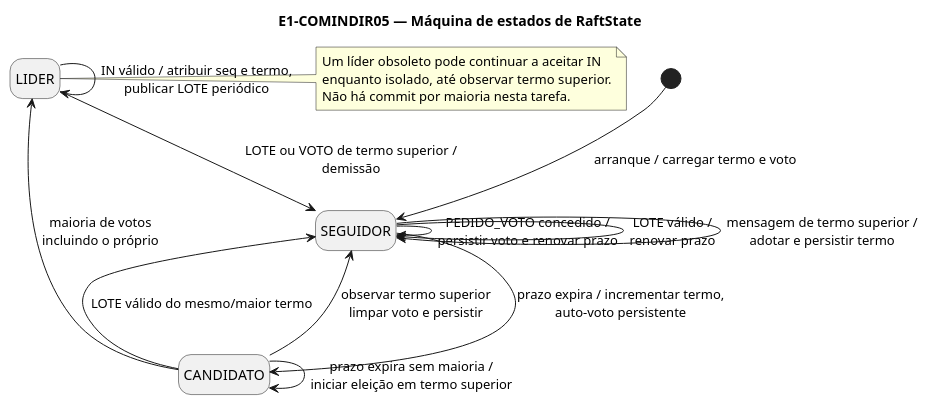
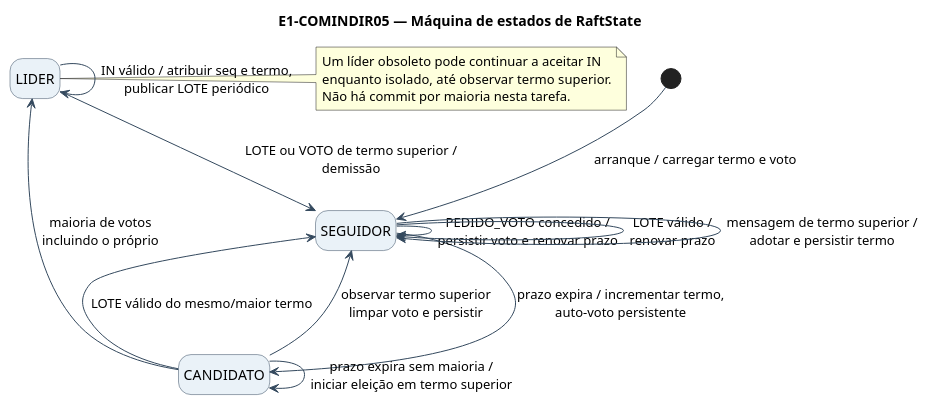
The second of 2 diagrams in Sprints/E1-COMINDIR05/uml/03-sequencia-eleicao.puml (rafsilv26/SD-2026-2027), drawn with PlantUML before and after one commit. The commit also changed other lines of this file and 2 other files, not shown here.

First line of the commit message:
Style E1-COMINDIR05 sequence diagrams

```diff
--- a/Sprints/E1-COMINDIR05/uml/03-sequencia-eleicao.puml
+++ b/Sprints/E1-COMINDIR05/uml/03-sequencia-eleicao.puml
@@ -69,22 +116,30 @@
 @startuml E1-COMINDIR05-Estados
 title E1-COMINDIR05 — Máquina de estados de RaftState
 hide empty description
+skinparam backgroundColor #FFFFFF
+skinparam shadowing false
+skinparam defaultFontName Arial
+skinparam state {
+  BackgroundColor #EAF2F8
+  BorderColor #34495E
+  ArrowColor #34495E
+}
 
 [*] --> SEGUIDOR : arranque / carregar termo e voto
 SEGUIDOR --> CANDIDATO : prazo expira / incrementar termo,\nauto-voto persistente
 CANDIDATO --> LIDER : maioria de votos\nincluindo o próprio
 CANDIDATO --> SEGUIDOR : LOTE válido do mesmo/maior termo
 CANDIDATO --> SEGUIDOR : observar termo superior\nlimpar voto e persistir
 CANDIDATO --> CANDIDATO : prazo expira sem maioria /\niniciar eleição em termo superior
 SEGUIDOR --> SEGUIDOR : PEDIDO_VOTO concedido /\npersistir voto e renovar prazo
 SEGUIDOR --> SEGUIDOR : LOTE válido /\nrenovar prazo
 SEGUIDOR --> SEGUIDOR : mensagem de termo superior /\nadotar e persistir termo
 LIDER --> SEGUIDOR : LOTE ou VOTO de termo superior /\ndemissão
 LIDER --> LIDER : IN válido / atribuir seq e termo,\npublicar LOTE periódico
 
 note right of LIDER
   Um líder obsoleto pode continuar a aceitar IN
   enquanto isolado, até observar termo superior.
   Não há commit por maioria nesta tarefa.
 end note
 @enduml
```
